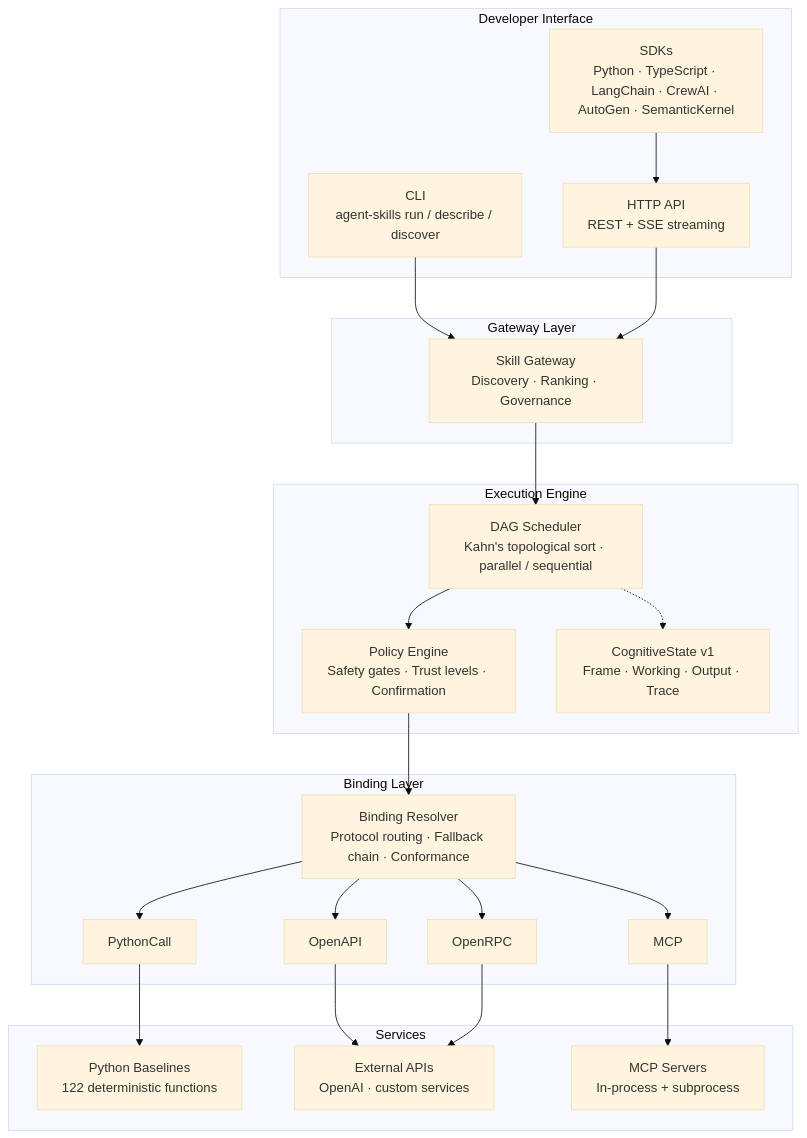
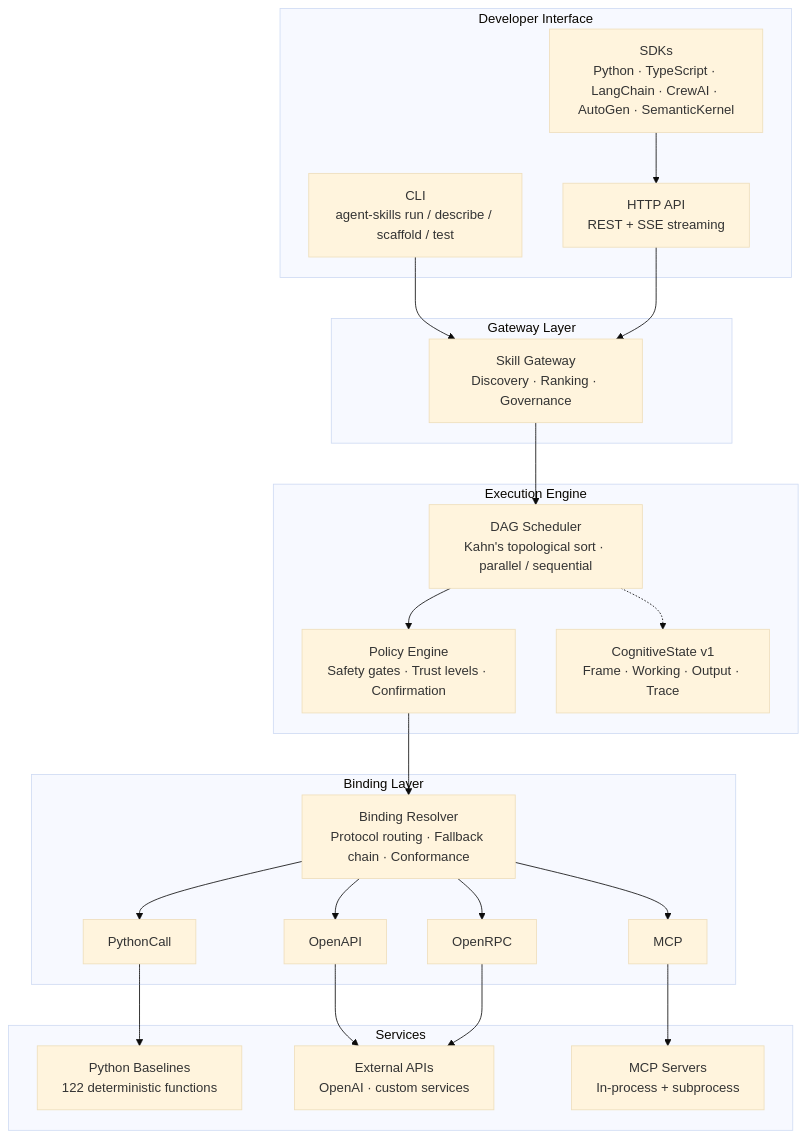
One commit to gfernandf/agent-skills changed the diagram in README.md. Above: the diagram before and after it, drawn with Mermaid (base theme). The commit also changed other lines of this file and 3 other files, not shown here.

````diff
--- a/README.md
+++ b/README.md
@@ -33,44 +33,44 @@
 ```mermaid
 graph TB
     subgraph "Developer Interface"
-        CLI["CLI<br/>agent-skills run / describe / discover"]
+        CLI["CLI<br/>agent-skills run / describe / scaffold / test"]
         HTTP["HTTP API<br/>REST + SSE streaming"]
         SDK["SDKs<br/>Python · TypeScript · LangChain · CrewAI · AutoGen · SemanticKernel"]
     end
 
     subgraph "Gateway Layer"
         GW["Skill Gateway<br/>Discovery · Ranking · Governance"]
     end
 
     subgraph "Execution Engine"
         SCHED["DAG Scheduler<br/>Kahn's topological sort · parallel / sequential"]
         POLICY["Policy Engine<br/>Safety gates · Trust levels · Confirmation"]
         COGSTATE["CognitiveState v1<br/>Frame · Working · Output · Trace"]
     end
 
     subgraph "Binding Layer"
         BR["Binding Resolver<br/>Protocol routing · Fallback chain · Conformance"]
         PC["PythonCall"]
         OA["OpenAPI"]
         MCP_P["MCP"]
         RPC["OpenRPC"]
     end
 
     subgraph "Services"
         BASELINE["Python Baselines<br/>122 deterministic functions"]
         EXTERNAL["External APIs<br/>OpenAI · custom services"]
         MCP_SRV["MCP Servers<br/>In-process + subprocess"]
     end
 
     CLI --> GW
     HTTP --> GW
     SDK --> HTTP
     GW --> SCHED
     SCHED --> POLICY
     POLICY --> BR
     SCHED -.-> COGSTATE
     BR --> PC --> BASELINE
     BR --> OA --> EXTERNAL
     BR --> MCP_P --> MCP_SRV
     BR --> RPC --> EXTERNAL
 ```
````
